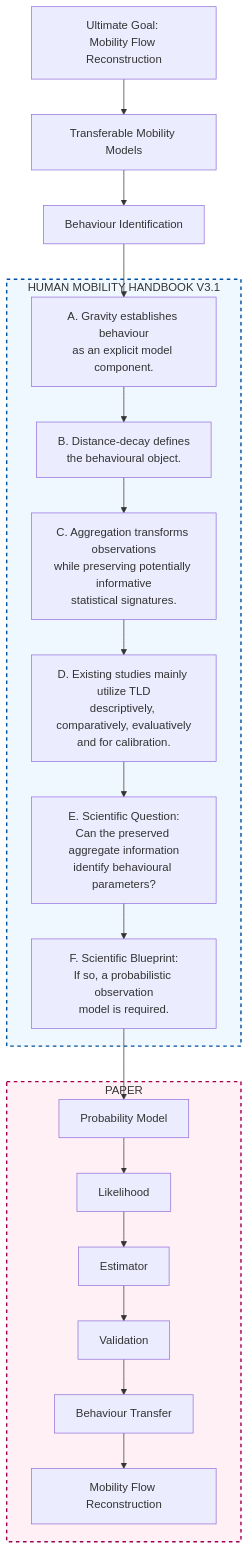
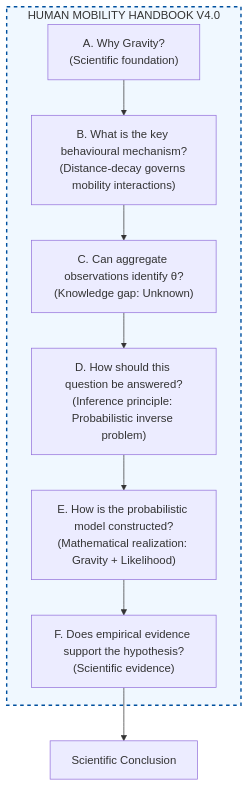
Before and after one commit to thinhnq-ibl/PCSF-TIM: the first of 4 diagrams in Handbook.md, drawn with Mermaid. The commit also changed other lines of this file, not shown here.

````diff
--- a/Handbook.md
+++ b/Handbook.md
@@ -20,28 +24,20 @@
 ```mermaid
 flowchart TD
-    G1["Ultimate Goal: \nMobility Flow Reconstruction"] --> G2[Transferable Mobility Models]
-    G2 --> G3[Behaviour Identification]
-    G3 --> A
-
-    subgraph Handbook ["HUMAN MOBILITY HANDBOOK V3.1"]
-        A["A. Gravity establishes behaviour\nas an explicit model component."] --> B
-        B["B. Distance-decay defines\nthe behavioural object."] --> C
-        C["C. Aggregation transforms observations\nwhile preserving potentially informative\nstatistical signatures."] --> D
-        D["D. Existing studies mainly utilize TLD\ndescriptively, comparatively, evaluatively\nand for calibration."] --> E
-        E["E. Scientific Question:\nCan the preserved aggregate information\nidentify behavioural parameters?"] --> F
-        F["F. Scientific Blueprint:\nIf so, a probabilistic observation\nmodel is required."]
+    subgraph Handbook ["HUMAN MOBILITY HANDBOOK V4.0"]
+        A["A. Why Gravity?
+(Scientific foundation)"] --> B["B. What is the key behavioural mechanism?
+(Distance-decay governs mobility interactions)"]
+        B --> C["C. Can aggregate observations identify θ?
+(Knowledge gap: Unknown)"]
+        C --> D["D. How should this question be answered?
+(Inference principle: Probabilistic inverse problem)"]
+        D --> E["E. How is the probabilistic model constructed?
+(Mathematical realization: Gravity + Likelihood)"]
+        E --> F["F. Does empirical evidence support the hypothesis?
+(Scientific evidence)"]
     end
 
-    F --> P1
-
-    subgraph Paper ["PAPER"]
-        P1[Probability Model] --> P2[Likelihood]
-        P2 --> P3[Estimator]
-        P3 --> P4[Validation]
-        P4 --> P5[Behaviour Transfer]
-        P5 --> P6[Mobility Flow Reconstruction]
-    end
+    F --> S["Scientific Conclusion"]
 
     style Handbook fill:#f0f8ff,stroke:#00509e,stroke-width:2px,stroke-dasharray: 5 5
-    style Paper fill:#fff0f5,stroke:#9e0050,stroke-width:2px,stroke-dasharray: 5 5
 ```
````
